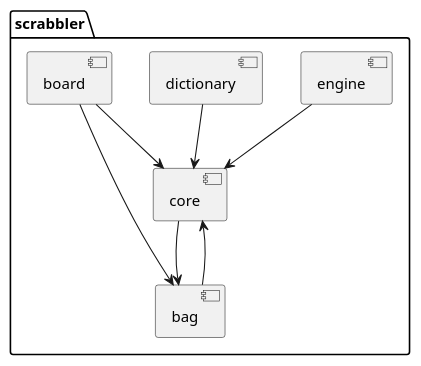
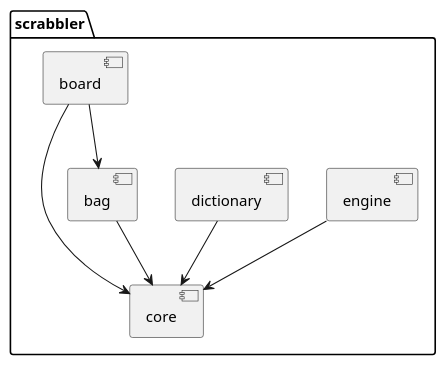
One commit to tizianolattisi/scrabbler changed the diagram in docs/components.puml. Above: the diagram before and after it, drawn with PlantUML. The commit also changed 7 other files, not shown here.

Commit message:
Core does not depends from bag.

```diff
--- a/docs/components.puml
+++ b/docs/components.puml
@@ -1,11 +1,11 @@
 @startuml
 
 package "scrabbler" {
 [engine] --> [core]
 [dictionary] --> [core]
-[core] --> [bag]
+[core]
 [board] --> [bag]
 [board] --> [core]
 [bag] --> [core]
 }
 @enduml
```
